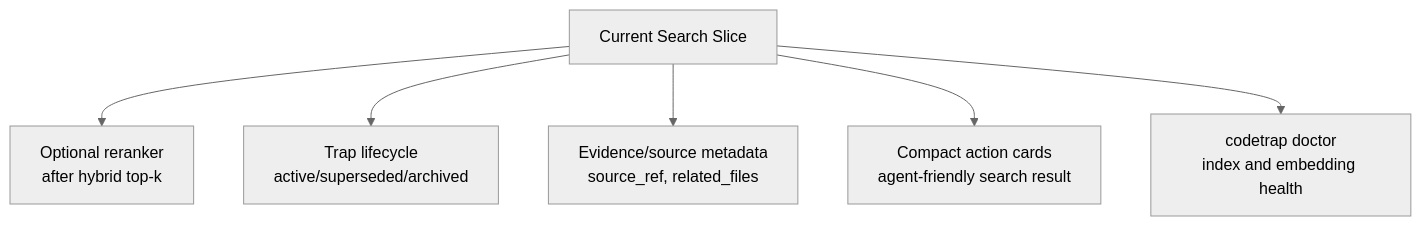
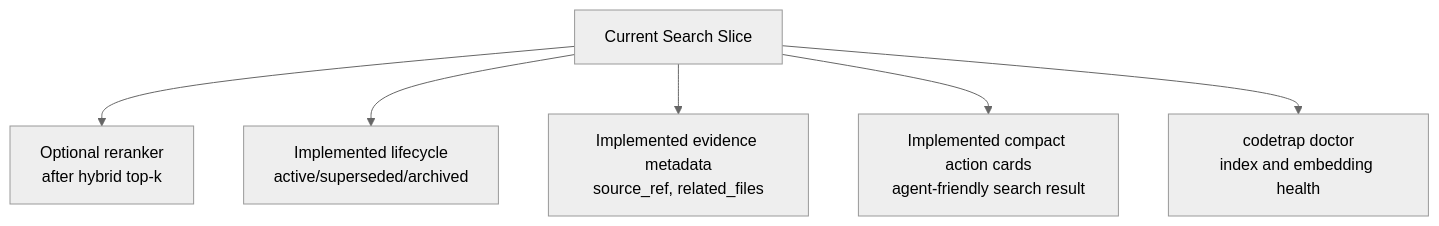
One commit to woertedetiankong/codetrap changed the ninth of 9 diagrams in docs/architecture.md. Above: the diagram before and after it, drawn with Mermaid (neutral theme). The commit also changed other lines of this file and 33 other files, not shown here.

Commit message:
Implement trap memory action card architecture

````diff
--- a/docs/architecture.md
+++ b/docs/architecture.md
@@ -390,15 +413,15 @@
 ```mermaid
 flowchart TB
   Current["Current Search Slice"]
   Reranker["Optional reranker<br/>after hybrid top-k"]
-  Lifecycle["Trap lifecycle<br/>active/superseded/archived"]
-  Evidence["Evidence/source metadata<br/>source_ref, related_files"]
-  Cards["Compact action cards<br/>agent-friendly search result"]
+  Lifecycle["Implemented lifecycle<br/>active/superseded/archived"]
+  Evidence["Implemented evidence metadata<br/>source_ref, related_files"]
+  Cards["Implemented compact action cards<br/>agent-friendly search result"]
   Doctor["codetrap doctor<br/>index and embedding health"]
 
   Current --> Reranker
   Current --> Lifecycle
   Current --> Evidence
   Current --> Cards
   Current --> Doctor
 ```
````
